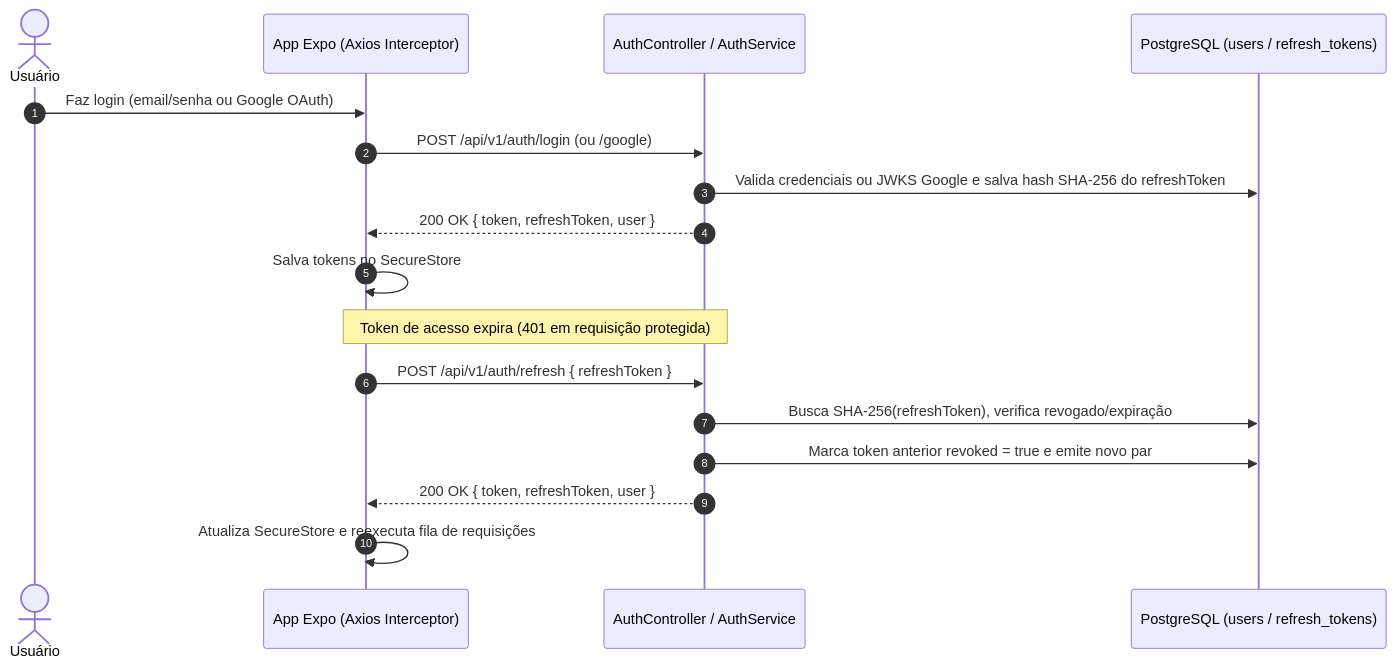
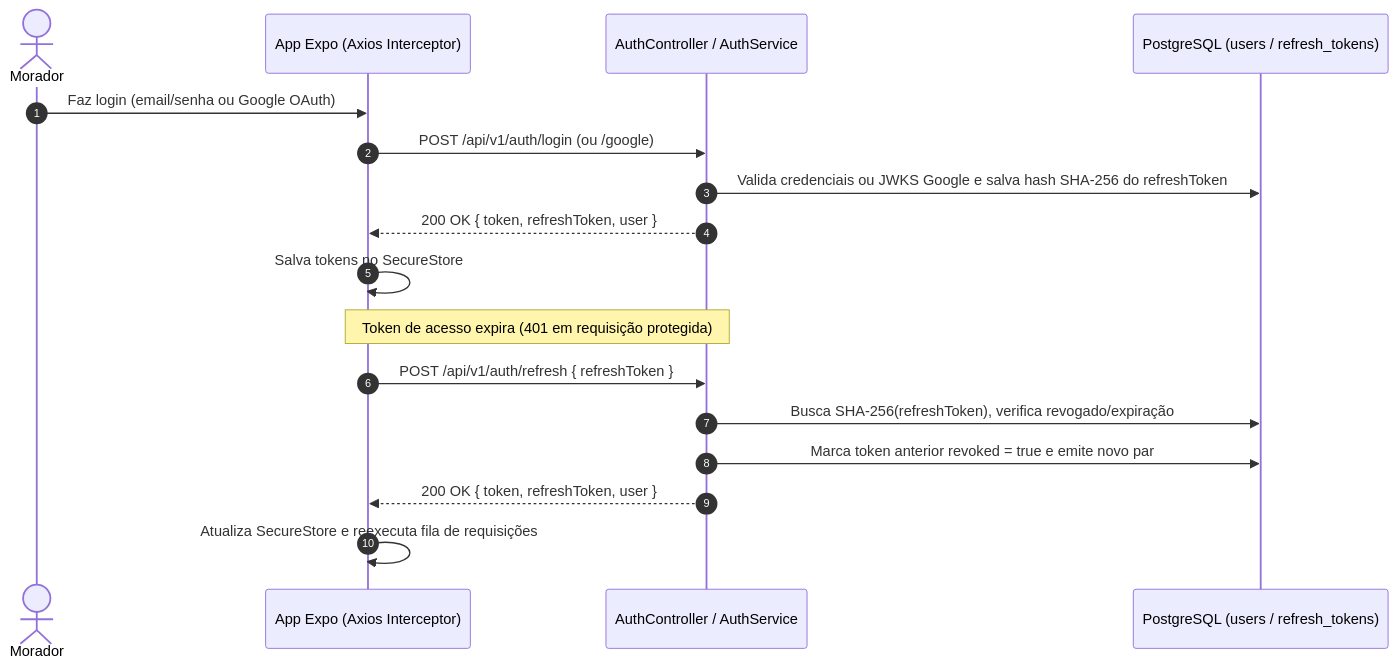
Before and after one commit to leosaponisouza/rep-helper: the fourth of 8 diagrams in docs/arquitetura-e-modelagem/diagramas-de-estados-e-sequencia.md, drawn with Mermaid. The commit also changed other lines of this file and 11 other files, not shown here.

Commit message:
docs: rewrite architecture, data model, API spec, and product docs for Alpendre

````diff
--- a/docs/arquitetura-e-modelagem/diagramas-de-estados-e-sequencia.md
+++ b/docs/arquitetura-e-modelagem/diagramas-de-estados-e-sequencia.md
@@ -48,21 +69,21 @@
 ```mermaid
 sequenceDiagram
     autonumber
-    actor User as Usuário
+    actor User as Morador
     participant App as App Expo (Axios Interceptor)
     participant Auth as AuthController / AuthService
     participant DB as PostgreSQL (users / refresh_tokens)
 
     User->>App: Faz login (email/senha ou Google OAuth)
     App->>Auth: POST /api/v1/auth/login (ou /google)
     Auth->>DB: Valida credenciais ou JWKS Google e salva hash SHA-256 do refreshToken
     Auth-->>App: 200 OK { token, refreshToken, user }
     App->>App: Salva tokens no SecureStore
 
     Note over App,Auth: Token de acesso expira (401 em requisição protegida)
     App->>Auth: POST /api/v1/auth/refresh { refreshToken }
     Auth->>DB: Busca SHA-256(refreshToken), verifica revogado/expiração
     Auth->>DB: Marca token anterior revoked = true e emite novo par
     Auth-->>App: 200 OK { token, refreshToken, user }
     App->>App: Atualiza SecureStore e reexecuta fila de requisições
 ```
````
